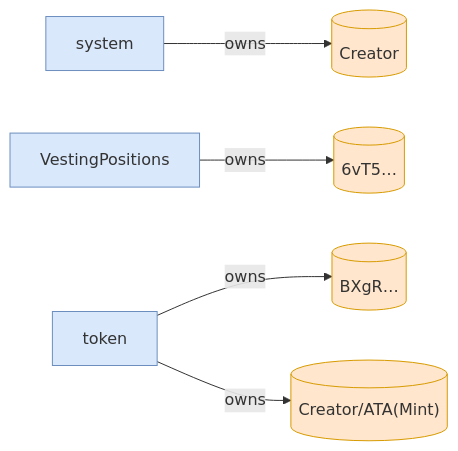
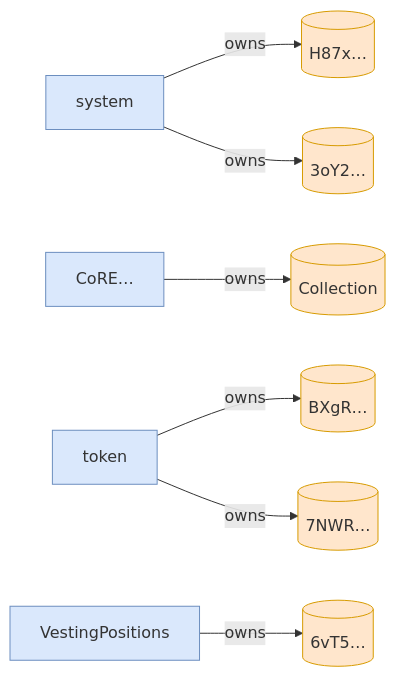
One commit to cds-turbin3/vesting-position changed the third of 3 diagrams in babelfish-tests/test-report/clawback_unclaimed_recovers_allocation_and_blocks_claim.md. Above: the diagram before and after it, drawn with Mermaid. The commit also changed other lines of this file and 50 other files, not shown here.

````diff
--- a/babelfish-tests/test-report/clawback_unclaimed_recovers_allocation_and_blocks_claim.md
+++ b/babelfish-tests/test-report/clawback_unclaimed_recovers_allocation_and_blocks_claim.md
@@ -40,17 +67,22 @@
 ```mermaid
 flowchart LR
     system["system"]:::program
-    Creator[("Creator")]:::state
+    H87x[("H87x…")]:::state
+    CoRE["CoRE…"]:::program
+    Collection[("Collection")]:::state
+    token["token"]:::program
+    BXgR[("BXgR…")]:::state
+    7NWR[("7NWR…")]:::state
+    3oY2[("3oY2…")]:::state
     VestingPositions["VestingPositions"]:::program
     6vT5[("6vT5…")]:::state
-    token["token"]:::program
-    BXgR[("BXgR…")]:::state
-    CreatorATAMint[("Creator/ATA(Mint)")]:::state
-    system -->|owns| Creator
+    system -->|owns| H87x
+    CoRE -->|owns| Collection
+    token -->|owns| BXgR
+    token -->|owns| 7NWR
+    system -->|owns| 3oY2
     VestingPositions -->|owns| 6vT5
-    token -->|owns| BXgR
-    token -->|owns| CreatorATAMint
     classDef program fill:#dae8fc,stroke:#6c8ebf;
     classDef signer fill:#d5e8d4,stroke:#82b366;
     classDef state fill:#ffe6cc,stroke:#d79b00;
 ```
````
